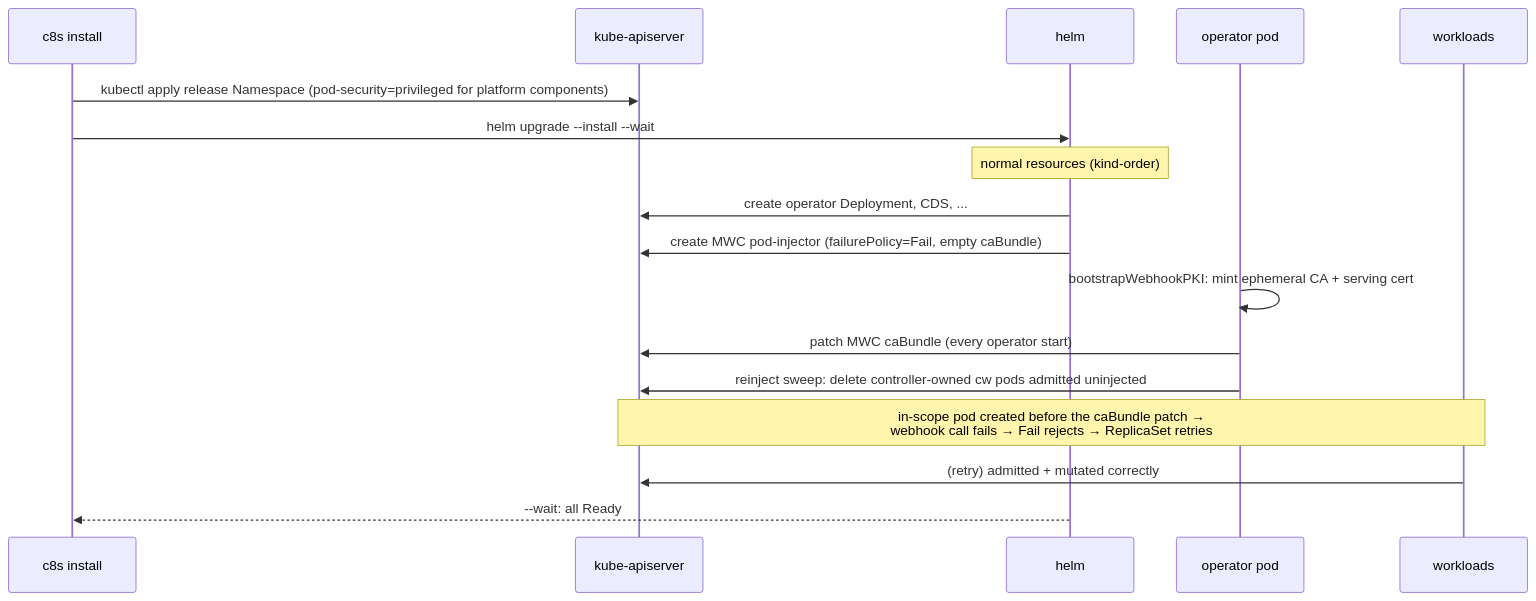
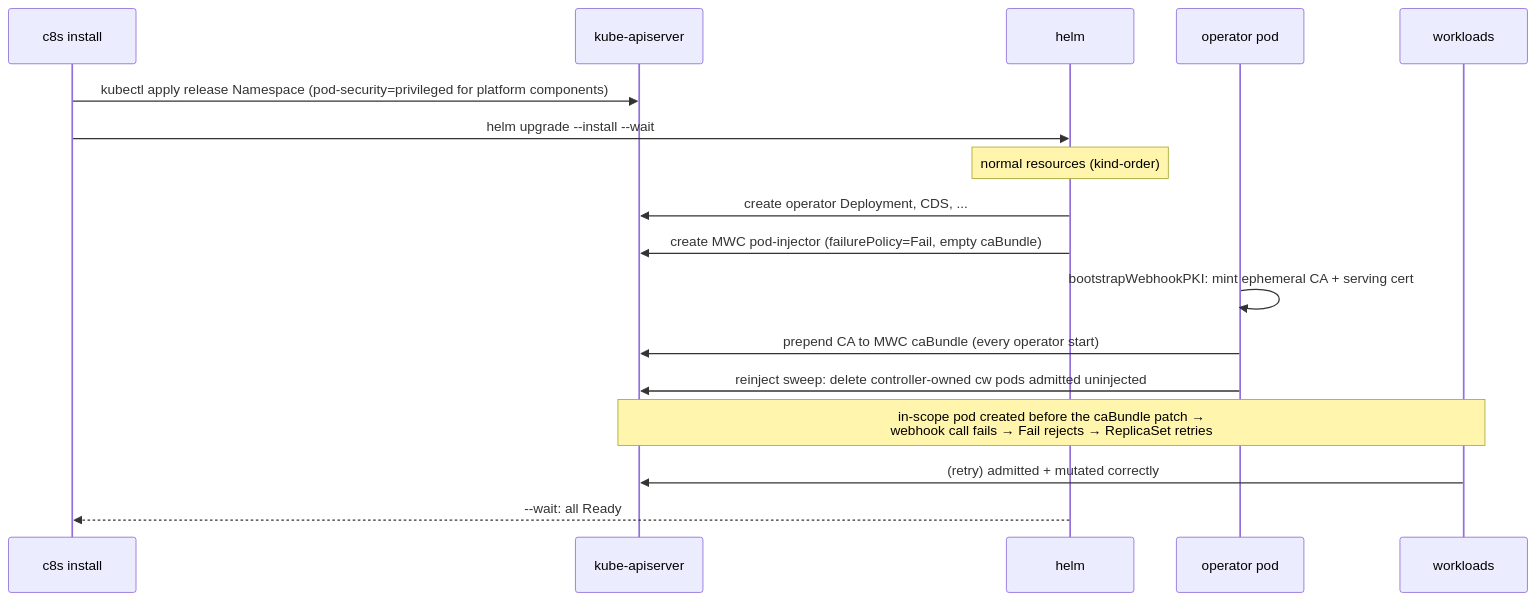
The first of 4 diagrams in docs/install-flows.md (confidential-dot-ai/C8s), drawn with Mermaid before and after one commit. The commit also changed other lines of this file and 6 other files, not shown here.

````diff
--- a/docs/install-flows.md
+++ b/docs/install-flows.md
@@ -95,20 +95,20 @@
 ```mermaid
 sequenceDiagram
     participant CLI as c8s install
     participant K as kube-apiserver
     participant Helm as helm
     participant Op as operator pod
     participant Pods as workloads
 
     CLI->>K: kubectl apply release Namespace (pod-security=privileged for platform components)
     CLI->>Helm: helm upgrade --install --wait
     Note over Helm: normal resources (kind-order)
     Helm->>K: create operator Deployment, CDS, ...
     Helm->>K: create MWC pod-injector (failurePolicy=Fail, empty caBundle)
     Op->>Op: bootstrapWebhookPKI: mint ephemeral CA + serving cert
-    Op->>K: patch MWC caBundle (every operator start)
+    Op->>K: prepend CA to MWC caBundle (every operator start)
     Op->>K: reinject sweep: delete controller-owned cw pods admitted uninjected
     Note over Pods,K: in-scope pod created before the caBundle patch →<br/>webhook call fails → Fail rejects → ReplicaSet retries
     Pods->>K: (retry) admitted + mutated correctly
     Helm-->>CLI: --wait: all Ready
 ```
````
